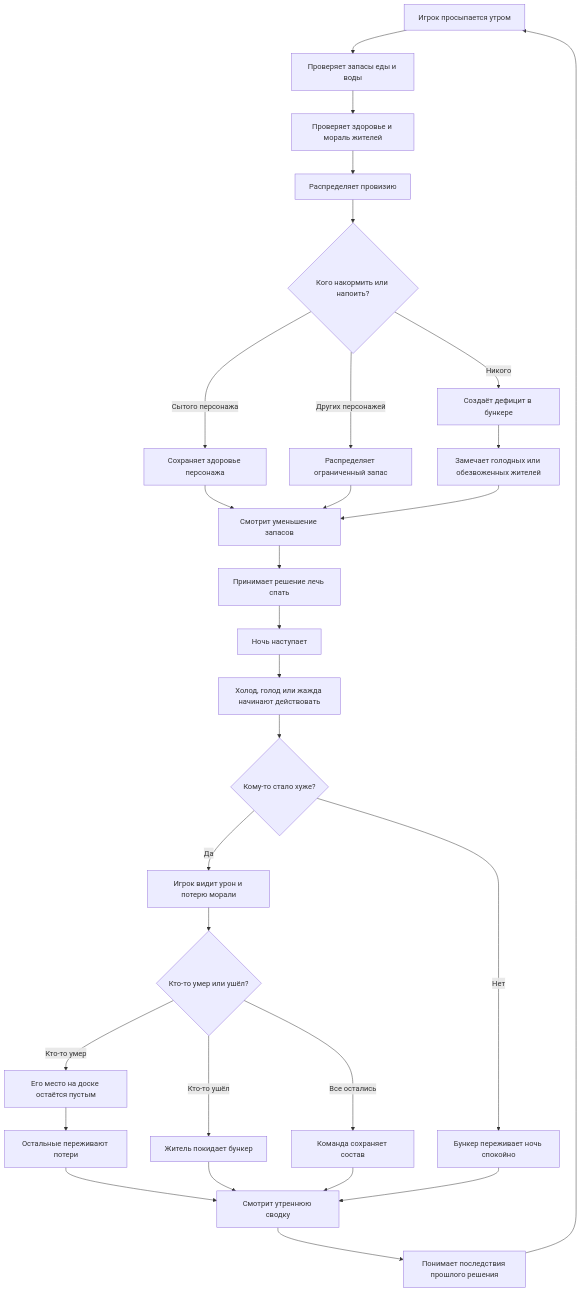
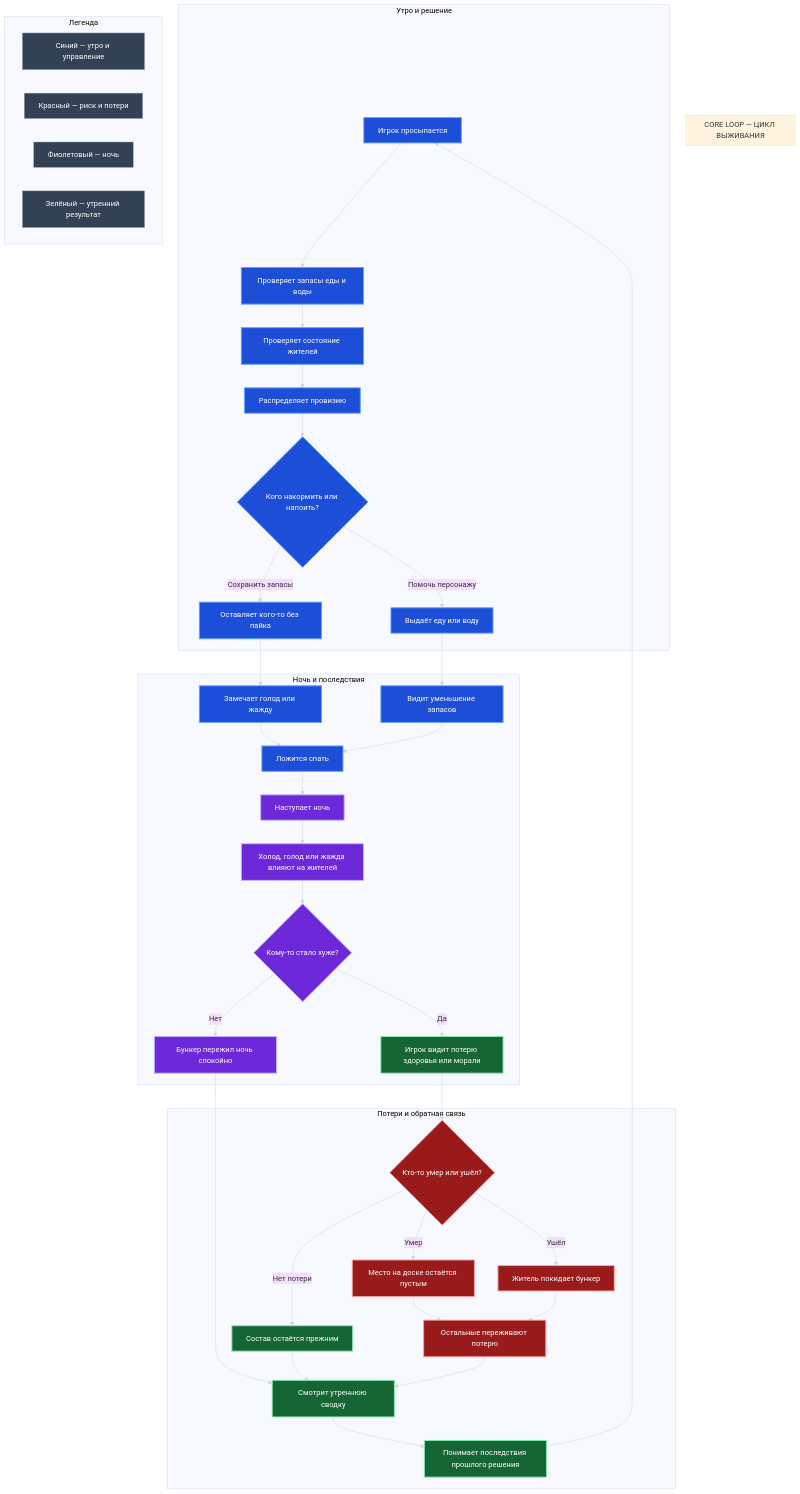
One commit to Artigg0707/doomed-game-nto-26-27 changed the first of 2 diagrams in Assets/Documentation/НТО/Задачи/Системы игры/Схема Core Loop.md. Above: the diagram before and after it, drawn with Mermaid. The commit also changed 24 other files, not shown here.

````diff
--- a/Assets/Documentation/НТО/Задачи/Системы игры/Схема Core Loop.md
+++ b/Assets/Documentation/НТО/Задачи/Системы игры/Схема Core Loop.md
@@ -11,37 +11,60 @@
 ```mermaid
+%%{init: {"theme":"base","themeVariables":{"fontSize":"16px","lineColor":"#CBD5E1"}}}%%
 flowchart TD
-    A[Игрок просыпается утром] --> B[Проверяет запасы еды и воды]
-    B --> C[Проверяет здоровье и мораль жителей]
-    C --> D[Распределяет провизию]
+    subgraph TITLE["CORE LOOP — ЦИКЛ ВЫЖИВАНИЯ"]
+        direction LR
+    end
 
-    D --> E{Кого накормить или напоить?}
-    E -->|Сытого персонажа| F[Сохраняет здоровье персонажа]
-    E -->|Других персонажей| G[Распределяет ограниченный запас]
-    E -->|Никого| H[Создаёт дефицит в бункере]
+    subgraph MORNING["Утро и решение"]
+        A[Игрок просыпается] --> B[Проверяет запасы еды и воды]
+        B --> C[Проверяет состояние жителей]
+        C --> D[Распределяет провизию]
+        D --> E{Кого накормить или напоить?}
+        E -->|Сохранить запасы| F[Оставляет кого-то без пайка]
+        E -->|Помочь персонажу| G[Выдаёт еду или воду]
+    end
 
-    F --> I[Смотрит уменьшение запасов]
-    G --> I
-    H --> J[Замечает голодных или обезвоженных жителей]
-    J --> I
+    subgraph NIGHT["Ночь и последствия"]
+        F --> H[Замечает голод или жажду]
+        G --> I[Видит уменьшение запасов]
+        H --> J[Ложится спать]
+        I --> J
+        J --> K[Наступает ночь]
+        K --> L[Холод, голод или жажда влияют на жителей]
+        L --> M{Кому-то стало хуже?}
+        M -->|Нет| N[Бункер пережил ночь спокойно]
+        M -->|Да| O[Игрок видит потерю здоровья или морали]
+    end
 
-    I --> K[Принимает решение лечь спать]
-    K --> L[Ночь наступает]
-    L --> M[Холод, голод или жажда начинают действовать]
+    subgraph FEEDBACK["Потери и обратная связь"]
+        O --> P{Кто-то умер или ушёл?}
+        P -->|Умер| Q[Место на доске остаётся пустым]
+        P -->|Ушёл| R[Житель покидает бункер]
+        P -->|Нет потери| S[Состав остаётся прежним]
+        Q --> T[Остальные переживают потерю]
+        R --> T
+        N --> U[Смотрит утреннюю сводку]
+        S --> U
+        T --> U
+        U --> V[Понимает последствия прошлого решения]
+        V --> A
+    end
 
-    M --> N{Кому-то стало хуже?}
-    N -->|Да| O[Игрок видит урон и потерю морали]
-    N -->|Нет| P[Бункер переживает ночь спокойно]
+    subgraph LEGEND["Легенда"]
+        L1["Синий — утро и управление"]
+        L2["Красный — риск и потери"]
+        L3["Фиолетовый — ночь"]
+        L4["Зелёный — утренний результат"]
+    end
 
-    O --> Q{Кто-то умер или ушёл?}
-    Q -->|Кто-то умер| R[Его место на доске остаётся пустым]
-    R --> S[Остальные переживают потери]
-    Q -->|Кто-то ушёл| T[Житель покидает бункер]
-    Q -->|Все остались| U[Команда сохраняет состав]
-
-    S --> V[Смотрит утреннюю сводку]
-    T --> V
-    U --> V
-    P --> V
-    V --> W[Понимает последствия прошлого решения]
-    W --> A
+    classDef morning fill:#1D4ED8,stroke:#60A5FA,color:#FFFFFF,stroke-width:2px
+    classDef night fill:#6D28D9,stroke:#C4B5FD,color:#FFFFFF,stroke-width:2px
+    classDef feedback fill:#166534,stroke:#86EFAC,color:#FFFFFF,stroke-width:2px
+    classDef risk fill:#991B1B,stroke:#FCA5A5,color:#FFFFFF,stroke-width:2px
+    classDef legend fill:#334155,stroke:#94A3B8,color:#FFFFFF
+    class A,B,C,D,E,F,G,H,I,J morning
+    class K,L,M,N night
+    class O,P,Q,R,S,T,U,V feedback
+    class P,Q,R,T risk
+    class L1,L2,L3,L4 legend
 ```
````
